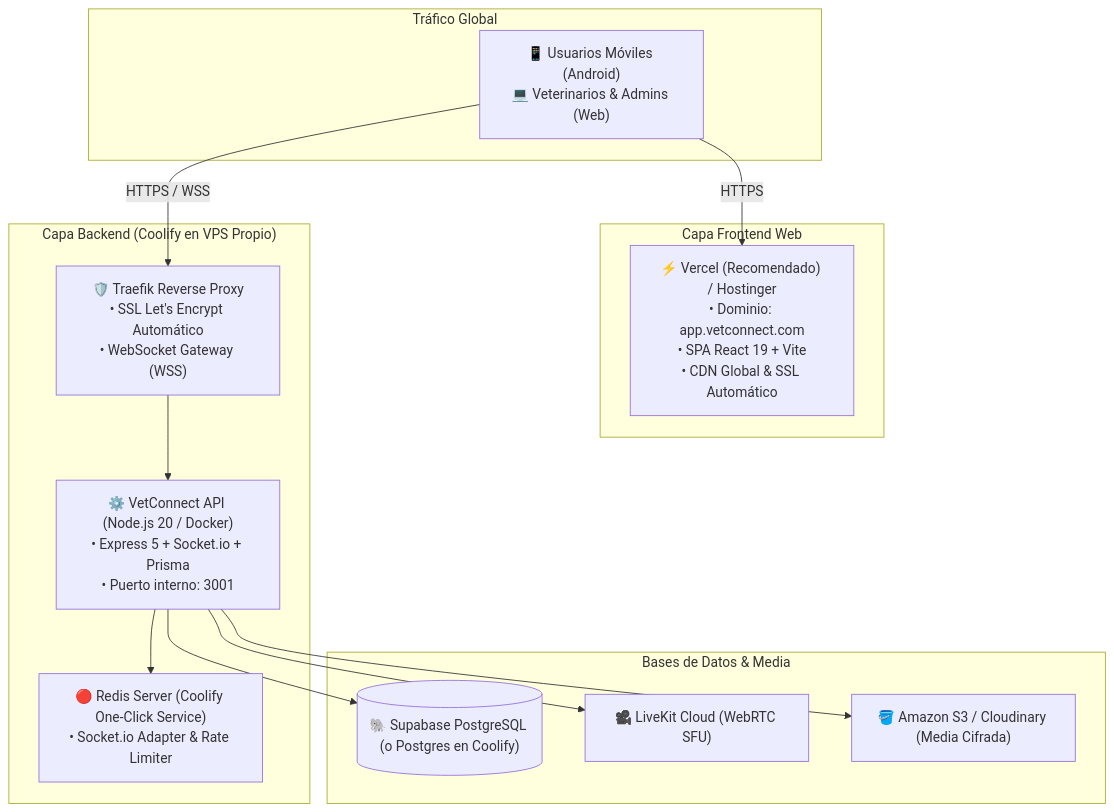
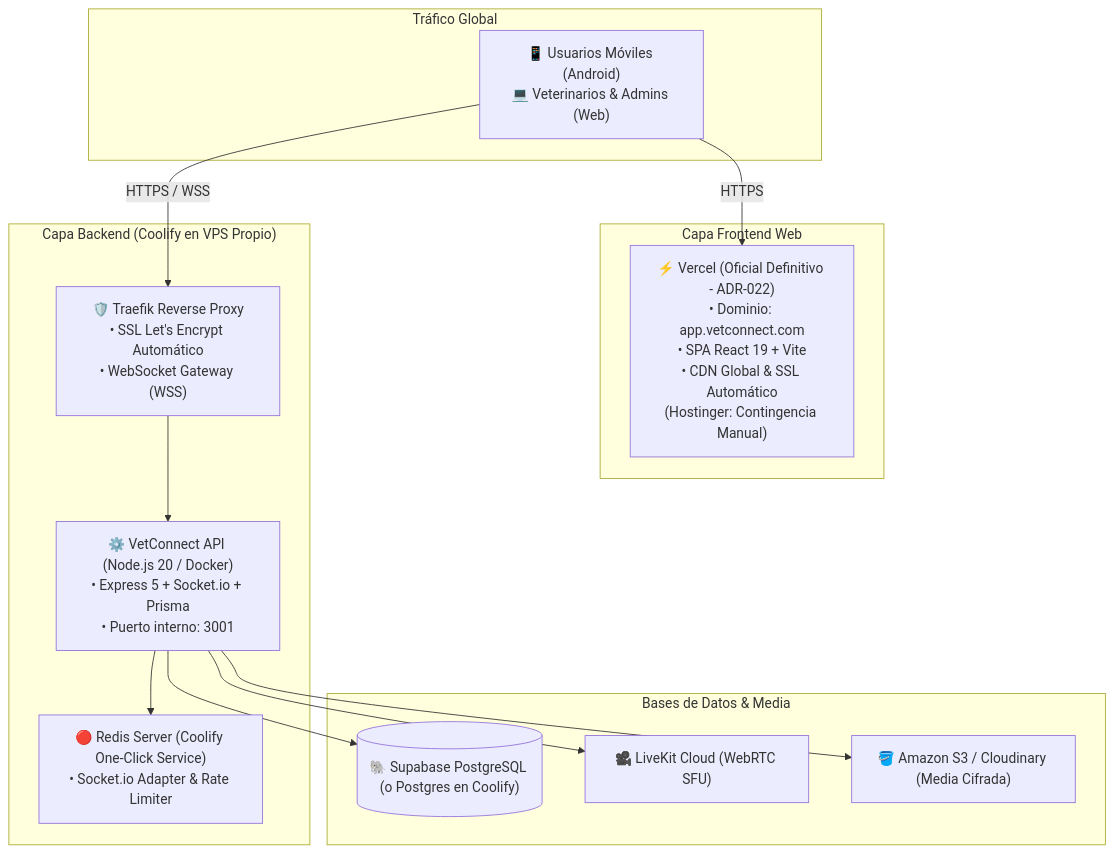
Before and after one commit to grupo-pinnacle/VetConnect: the diagram in docs/DEPLOY.md, drawn with Mermaid. The commit also changed other lines of this file and 20 other files, not shown here.

````diff
--- a/docs/DEPLOY.md
+++ b/docs/DEPLOY.md
@@ -9,30 +9,30 @@
 ```mermaid
 flowchart TD
     subgraph Internet["Tráfico Global"]
         Users["📱 Usuarios Móviles (Android)\n💻 Veterinarios & Admins (Web)"]
     end
 
     subgraph WebHosting["Capa Frontend Web"]
-        Vercel["⚡ Vercel (Recomendado) / Hostinger\n• Dominio: app.vetconnect.com\n• SPA React 19 + Vite\n• CDN Global & SSL Automático"]
+        Vercel["⚡ Vercel (Oficial Definitivo - ADR-022)\n• Dominio: app.vetconnect.com\n• SPA React 19 + Vite\n• CDN Global & SSL Automático\n(Hostinger: Contingencia Manual)"]
     end
 
     subgraph CoolifyVPS["Capa Backend (Coolify en VPS Propio)"]
         Traefik["🛡️ Traefik Reverse Proxy\n• SSL Let's Encrypt Automático\n• WebSocket Gateway (WSS)"]
         NodeApp["⚙️ VetConnect API (Node.js 20 / Docker)\n• Express 5 + Socket.io + Prisma\n• Puerto interno: 3001"]
         RedisServ["🔴 Redis Server (Coolify One-Click Service)\n• Socket.io Adapter & Rate Limiter"]
     end
 
     subgraph DataCloud["Bases de Datos & Media"]
         SupabasePostgres[("🐘 Supabase PostgreSQL (o Postgres en Coolify)")]
         LiveKitCloud["🎥 LiveKit Cloud (WebRTC SFU)"]
         S3Storage["🪣 Amazon S3 / Cloudinary (Media Cifrada)"]
     end
 
     Users -->|HTTPS| Vercel
     Users -->|HTTPS / WSS| Traefik
     Traefik --> NodeApp
     NodeApp --> RedisServ
     NodeApp --> SupabasePostgres
     NodeApp --> LiveKitCloud
     NodeApp --> S3Storage
 ```
````
